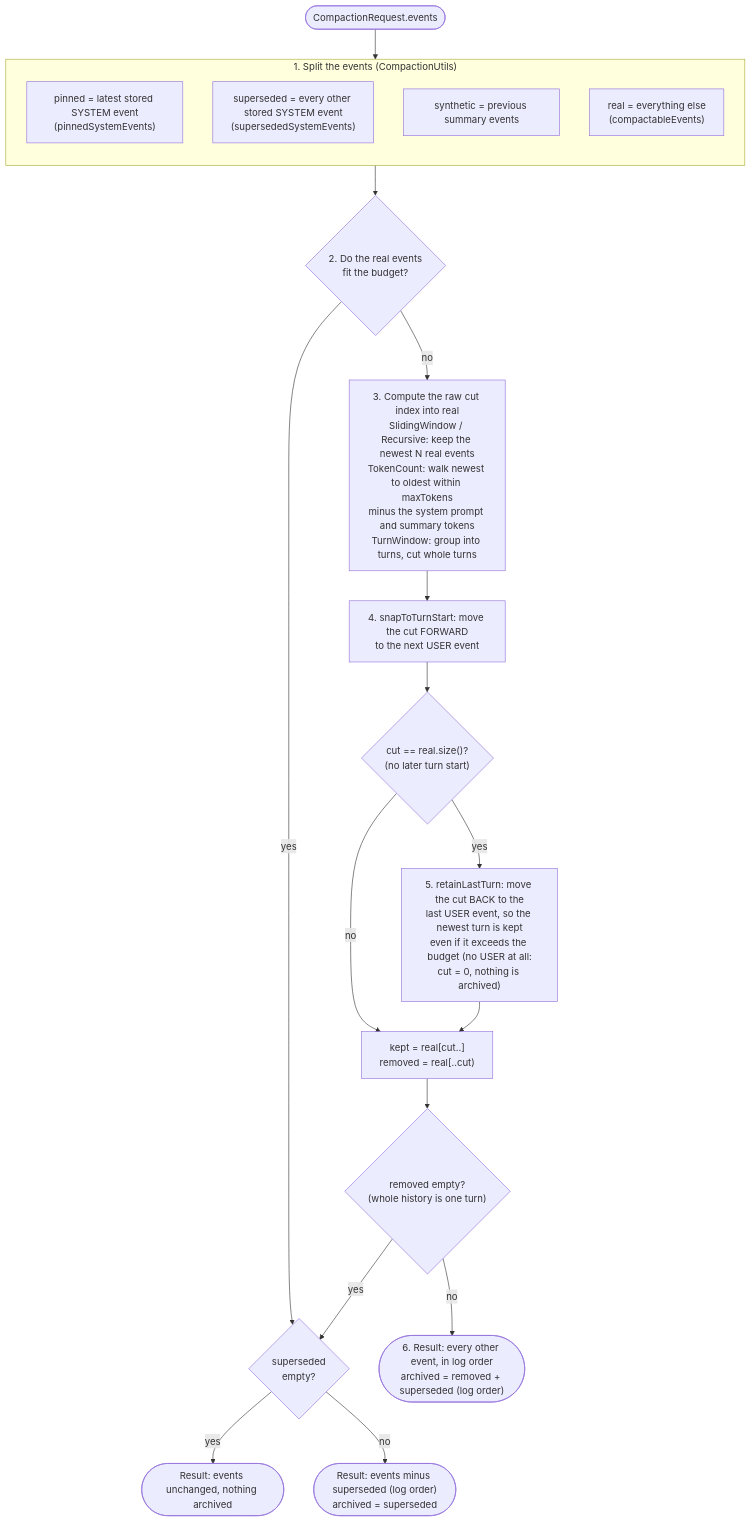
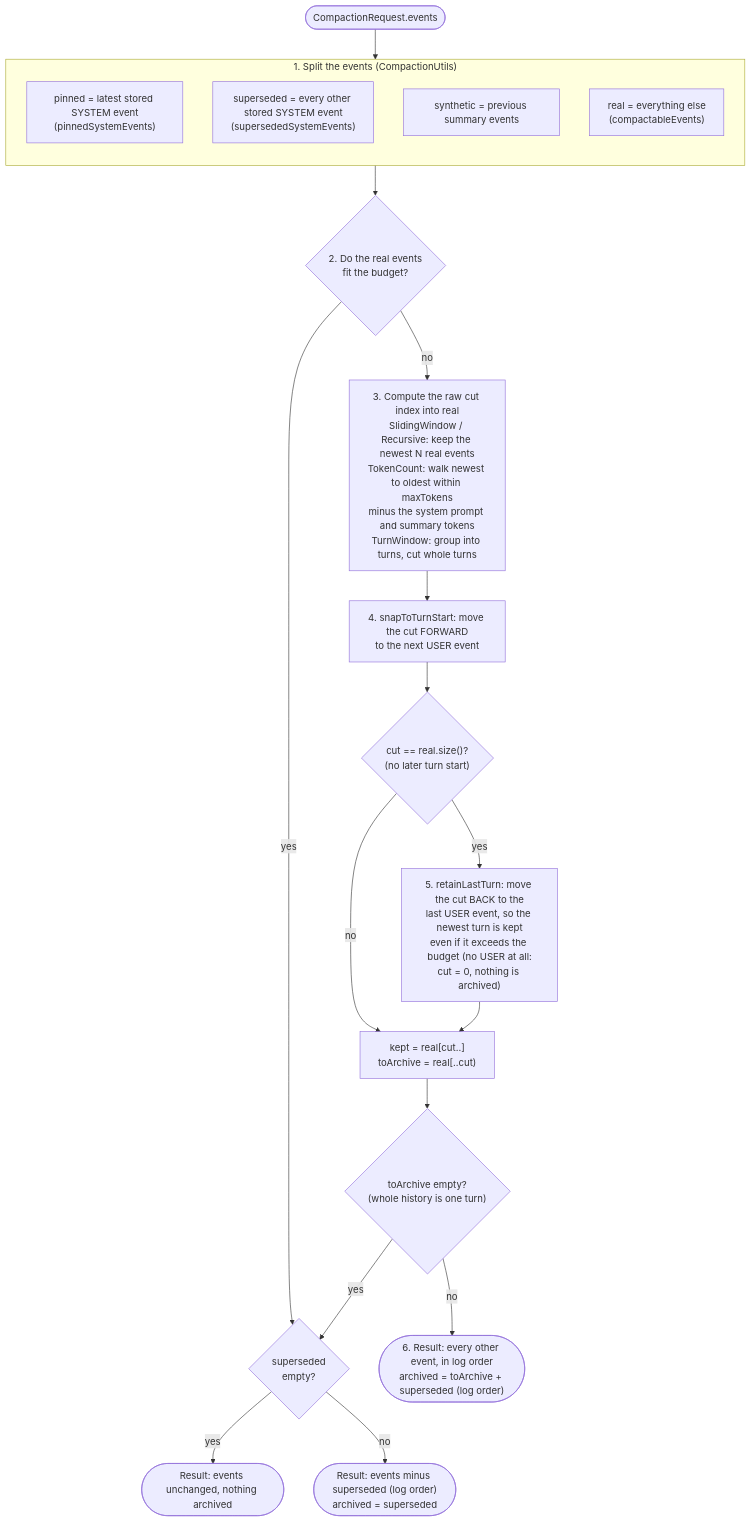
One commit to spring-ai-community/spring-ai-session changed the fifth of 7 diagrams in docs/session-management/compaction-internals.md. Above: the diagram before and after it, drawn with Mermaid. The commit also changed other lines of this file, not shown here.

First line of the commit message:
Use archived vs deleted consistently on the Compaction Internals page

````diff
--- a/docs/session-management/compaction-internals.md
+++ b/docs/session-management/compaction-internals.md
@@ -253,27 +267,27 @@
 ```mermaid
 flowchart TB
     start([CompactionRequest.events]) --> split
 
     subgraph split["1. Split the events (CompactionUtils)"]
         direction TB
         s1["pinned = latest stored SYSTEM event<br/>(pinnedSystemEvents)"]
         s2["superseded = every other stored SYSTEM event<br/>(supersededSystemEvents)"]
         s3["synthetic = previous summary events"]
         s4["real = everything else<br/>(compactableEvents)"]
     end
 
     split --> budget{"2. Do the real events<br/>fit the budget?"}
     budget -- yes --> noop{"superseded<br/>empty?"}
     noop -- yes --> r0([Result: events unchanged, nothing archived])
     noop -- no --> r1(["Result: events minus superseded (log order)<br/>archived = superseded"])
 
     budget -- no --> raw["3. Compute the raw cut index into real<br/>SlidingWindow / Recursive: keep the newest N real events<br/>TokenCount: walk newest to oldest within maxTokens<br/>minus the system prompt and summary tokens<br/>TurnWindow: group into turns, cut whole turns"]
     raw --> snap["4. snapToTurnStart: move the cut FORWARD<br/>to the next USER event"]
     snap --> end1{"cut == real.size()?<br/>(no later turn start)"}
     end1 -- no --> cut
     end1 -- yes --> retain["5. retainLastTurn: move the cut BACK to the<br/>last USER event, so the newest turn is kept<br/>even if it exceeds the budget (no USER at all:<br/>cut = 0, nothing is archived)"]
-    retain --> cut["kept = real[cut..]<br/>removed = real[..cut)"]
-    cut --> empty{"removed empty?<br/>(whole history is one turn)"}
+    retain --> cut["kept = real[cut..]<br/>toArchive = real[..cut)"]
+    cut --> empty{"toArchive empty?<br/>(whole history is one turn)"}
     empty -- yes --> noop
-    empty -- no --> r2(["6. Result: every other event, in log order<br/>archived = removed + superseded (log order)"])
+    empty -- no --> r2(["6. Result: every other event, in log order<br/>archived = toArchive + superseded (log order)"])
 ```
````
